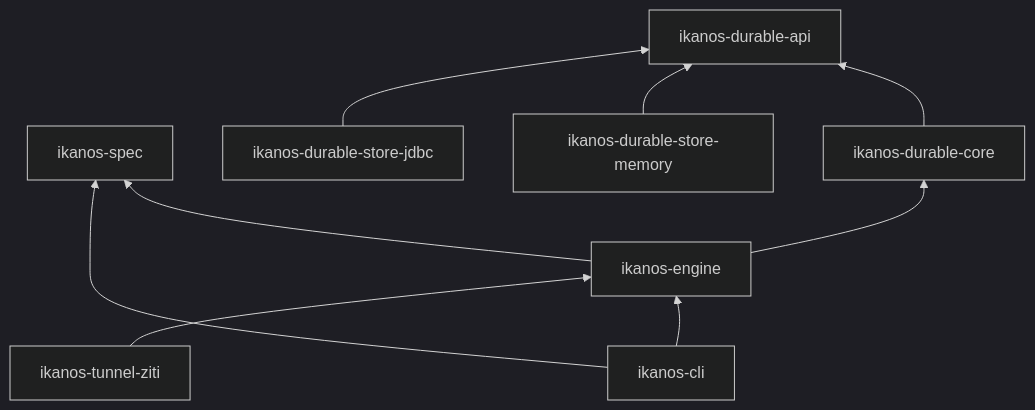
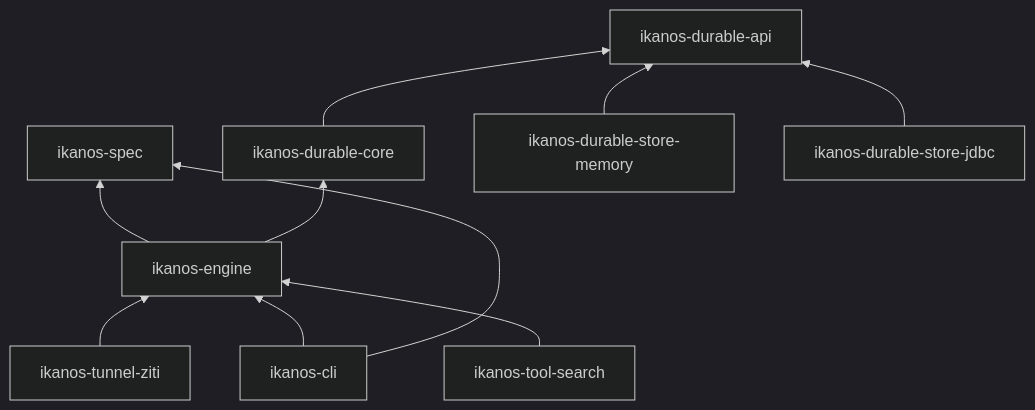
Before and after one commit to naftiko/ikanos: the second of 3 diagrams in modules/ikanos-docs/architecture.md, drawn with Mermaid (dark theme). The commit also changed other lines of this file and 17 other files, not shown here.

First line of the commit message:
feat: add the MCP tool search SPI and an optional Lucene module

````diff
--- a/modules/ikanos-docs/architecture.md
+++ b/modules/ikanos-docs/architecture.md
@@ -61,19 +61,21 @@
 ```mermaid
 flowchart BT
     spec[ikanos-spec]
     engine[ikanos-engine]
     cli[ikanos-cli]
     ziti[ikanos-tunnel-ziti]
     dapi[ikanos-durable-api]
     dcore[ikanos-durable-core]
     dmem[ikanos-durable-store-memory]
     djdbc[ikanos-durable-store-jdbc]
+    search[ikanos-tool-search]
     engine --> spec
     engine --> dcore
     dcore --> dapi
     dmem --> dapi
     djdbc --> dapi
     cli --> engine
     cli --> spec
     ziti --> engine
+    search --> engine
 ```
````
